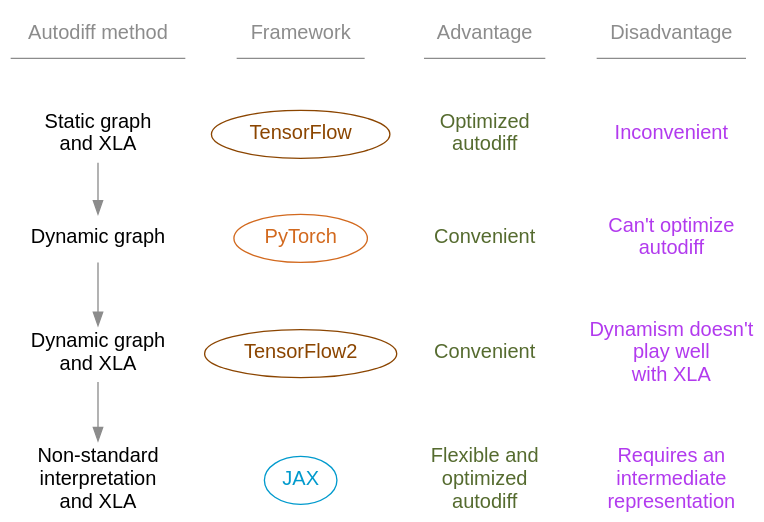
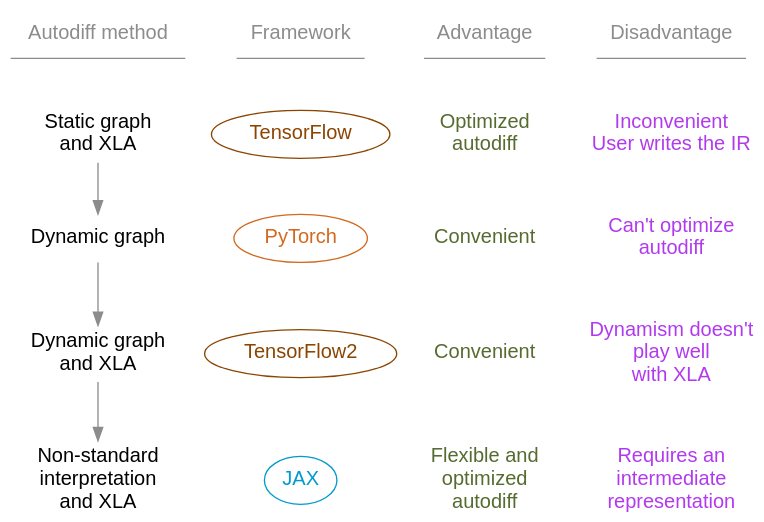
Before and after one commit to WestDRI/arc-training: the diagram in ml/jx_why.qmd, drawn with Graphviz. The commit also changed other lines of this file, not shown here.

````diff
--- a/ml/jx_why.qmd
+++ b/ml/jx_why.qmd
@@ -92,54 +92,54 @@
 ```{dot}
 //| echo: false
 //| fig-height: 450px
 
 strict digraph {
   
 bgcolor="transparent"
 graph [fontname="Inconsolata, sans-serif"]
 node [fontname="Inconsolata, sans-serif", fontsize=15]
 
 01 [label="Autodiff method", shape=underline, group=g1, group=g1, fontcolor=gray55, color=gray55]
 1 [label="Static graph\nand XLA", shape=plaintext, group=g1, group=g1]
 2 [label="Dynamic graph", shape=plaintext, group=g1]
 4 [label="Dynamic graph\nand XLA", shape=plaintext, group=g1]
 5 [label="Non-standard\ninterpretation\nand XLA", shape=plaintext, group=g1]
 
 02 [label="Framework", shape=plaintext, group=g2, shape=underline, fontcolor=gray55, color=gray55]
 a [label="TensorFlow", shape=plaintext, group=g2, shape=oval, color=darkorange4, fontcolor=darkorange4]
 b [label="PyTorch", shape=plaintext, group=g2, shape=oval, color=chocolate, fontcolor=chocolate]
 d [label="TensorFlow2", shape=plaintext, group=g2, shape=oval, color=darkorange4, fontcolor=darkorange4]
 e [label="JAX", shape=plaintext, group=g2, shape=oval, color=deepskyblue3, fontcolor=deepskyblue3]
 
 03 [label=Advantage, shape=underline, group=g3, fontcolor=gray55, color=gray55]
 7 [label="Optimized\nautodiff", shape=plaintext, fontcolor=darkolivegreen, group=g3]
 8 [label="Convenient", shape=plaintext, fontcolor=darkolivegreen, group=g3]
 9 [label="Convenient", shape=plaintext, fontcolor=darkolivegreen, group=g3]
 10 [label="Flexible and\noptimized\nautodiff", shape=plaintext, fontcolor=darkolivegreen, group=g3]
 
 04 [label=Disadvantage, shape=underline, group=g4, fontcolor=gray55, color=gray55]
-A [label="Inconvenient", shape=plaintext, fontcolor=darkorchid2, group=g4]
+A [label="Inconvenient\nUser writes the IR", shape=plaintext, fontcolor=darkorchid2, group=g4]
 B [label="Can't optimize\nautodiff", shape=plaintext, fontcolor=darkorchid2, group=g4]
 D [label="Dynamism doesn't\nplay well\nwith XLA", shape=plaintext, fontcolor=darkorchid2, group=g4]
 E [label="Requires an\nintermediate\nrepresentation", shape=plaintext, fontcolor=darkorchid2, group=g4]
 
 {rank=same; 01 02 03 04}
 {rank=same; 1 a 7 A}
 {rank=same; 2 b 8 B}
 {rank=same; 4 d 9 D}
 {rank=same; 5 e 10 E}
 
 01 -> 02 -> 03 -> 04 [style=invis]
 1 -> a -> 7 -> A [style=invis]
 2 -> b -> 8 -> B [style=invis]
 4 -> d -> 9 -> D [style=invis]
 5 -> e -> 10 -> E [style=invis]
 
 01 -> 1 [style=invis]
 1 -> 2 -> 4 -> 5 [color=gray55]
 02 -> a -> b -> d -> e [style=invis]
 03 -> 7 -> 8 -> 9 -> 10 [style=invis]
 04 -> A -> B -> D -> E [style=invis]
 
 }
 ```
````
